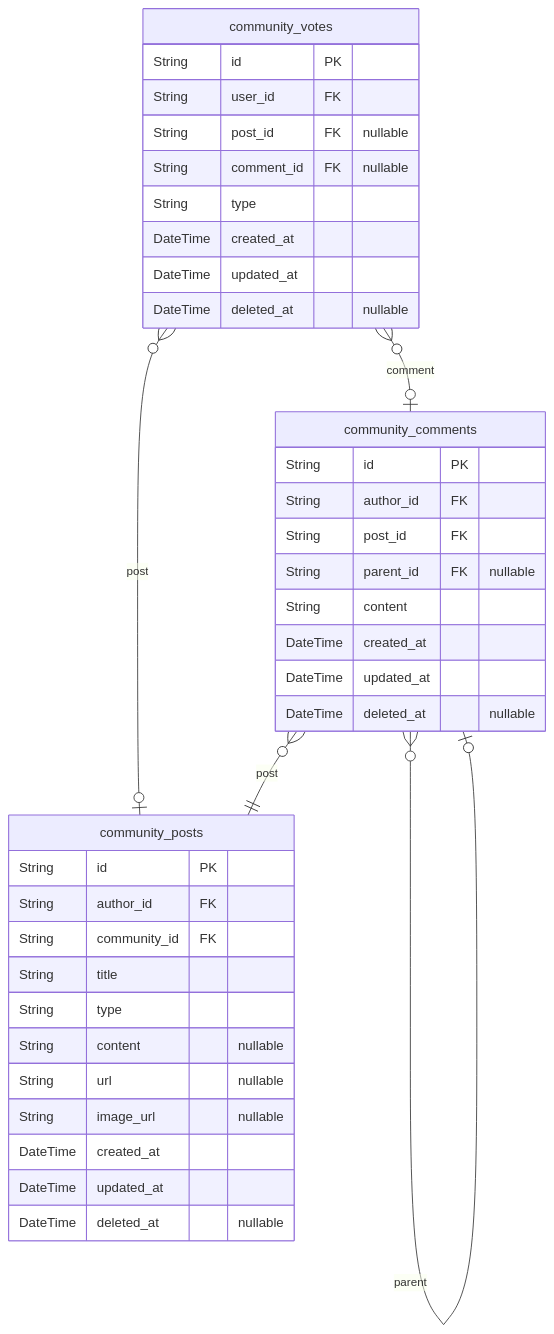
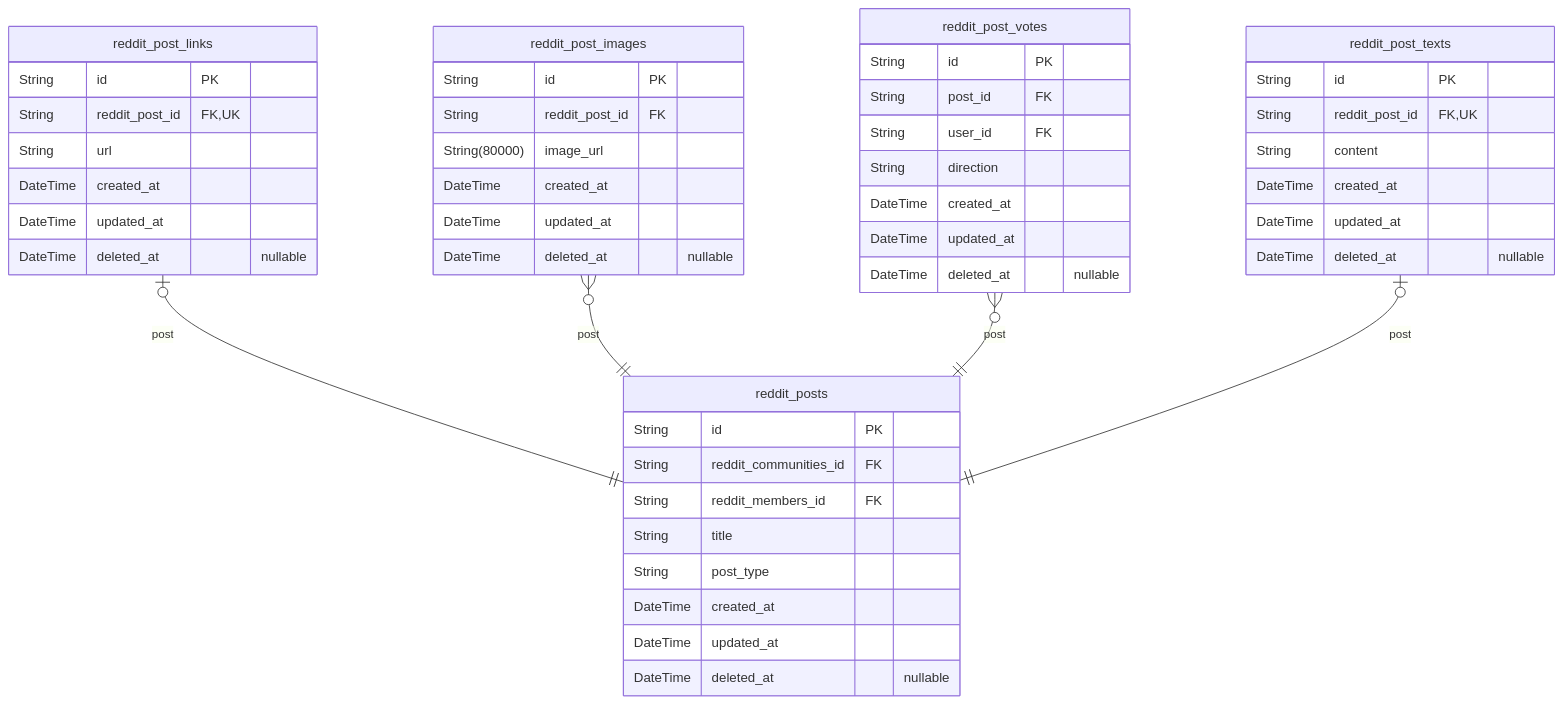
The fourth of 8 diagrams in qwen/qwen3-30b-a3b-thinking-2507/reddit/docs/ERD.md (wrtnlabs/autobe-examples), drawn with Mermaid before and after one commit. The commit also changed other lines of this file and 25939 other files, not shown here.

````diff
--- a/qwen/qwen3-30b-a3b-thinking-2507/reddit/docs/ERD.md
+++ b/qwen/qwen3-30b-a3b-thinking-2507/reddit/docs/ERD.md
@@ -397,40 +353,50 @@
 ```mermaid
 erDiagram
-"community_posts" {
+"reddit_posts" {
   String id PK
-  String author_id FK
-  String community_id FK
+  String reddit_communities_id FK
+  String reddit_members_id FK
   String title
-  String type
-  String content "nullable"
-  String url "nullable"
-  String image_url "nullable"
+  String post_type
   DateTime created_at
   DateTime updated_at
   DateTime deleted_at "nullable"
 }
-"community_comments" {
+"reddit_post_links" {
   String id PK
-  String author_id FK
+  String reddit_post_id FK,UK
+  String url
+  DateTime created_at
+  DateTime updated_at
+  DateTime deleted_at "nullable"
+}
+"reddit_post_images" {
+  String id PK
+  String reddit_post_id FK
+  String(80000) image_url
+  DateTime created_at
+  DateTime updated_at
+  DateTime deleted_at "nullable"
+}
+"reddit_post_votes" {
+  String id PK
   String post_id FK
-  String parent_id FK "nullable"
+  String user_id FK
+  String direction
+  DateTime created_at
+  DateTime updated_at
+  DateTime deleted_at "nullable"
+}
+"reddit_post_texts" {
+  String id PK
+  String reddit_post_id FK,UK
   String content
   DateTime created_at
   DateTime updated_at
   DateTime deleted_at "nullable"
 }
-"community_votes" {
-  String id PK
-  String user_id FK
-  String post_id FK "nullable"
-  String comment_id FK "nullable"
-  String type
-  DateTime created_at
-  DateTime updated_at
-  DateTime deleted_at "nullable"
-}
-"community_comments" }o--|| "community_posts" : post
-"community_comments" }o--o| "community_comments" : parent
-"community_votes" }o--o| "community_posts" : post
-"community_votes" }o--o| "community_comments" : comment
+"reddit_post_links" |o--|| "reddit_posts" : post
+"reddit_post_images" }o--|| "reddit_posts" : post
+"reddit_post_votes" }o--|| "reddit_posts" : post
+"reddit_post_texts" |o--|| "reddit_posts" : post
 ```
````
